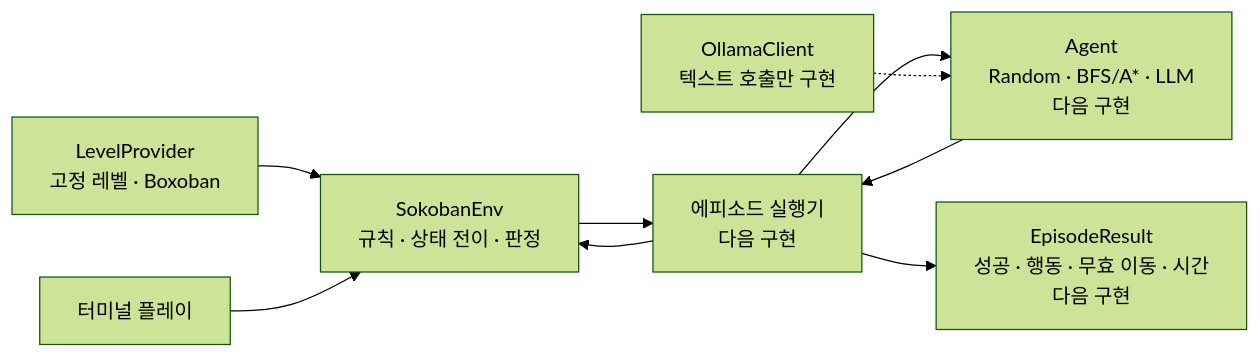
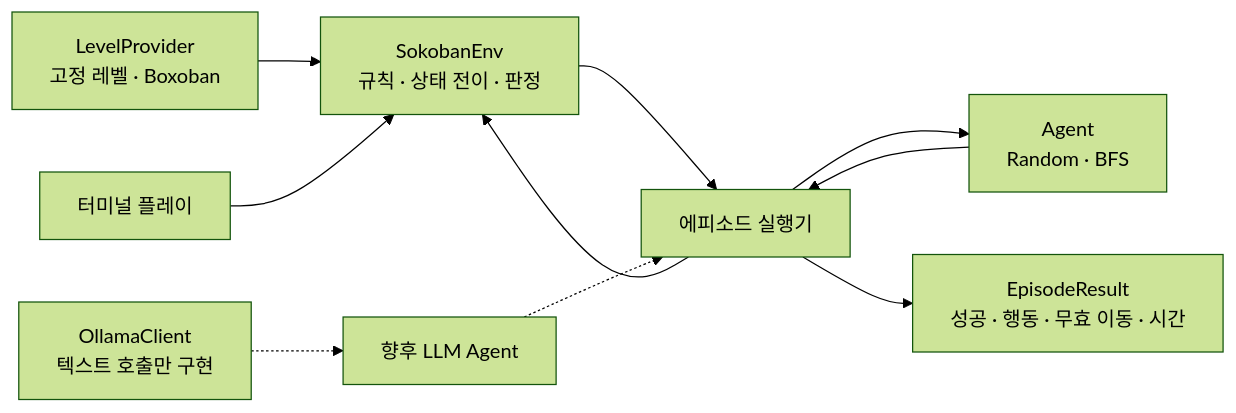
Before and after one commit to fredisbusy/sokoban-agent: the diagram in docs/ARCHITECTURE.md, drawn with Mermaid (forest theme). The commit also changed other lines of this file and 31 other files, not shown here.

````diff
--- a/docs/ARCHITECTURE.md
+++ b/docs/ARCHITECTURE.md
@@ -9,11 +9,12 @@
 ```mermaid
 flowchart LR
     L["LevelProvider<br/>고정 레벨 · Boxoban"] --> E["SokobanEnv<br/>규칙 · 상태 전이 · 판정"]
     T["터미널 플레이"] --> E
-    E --> X["에피소드 실행기<br/>다음 구현"]
-    X --> A["Agent<br/>Random · BFS/A* · LLM<br/>다음 구현"]
+    E --> X["에피소드 실행기"]
+    X --> A["Agent<br/>Random · BFS"]
     A --> X
     X --> E
-    X --> R["EpisodeResult<br/>성공 · 행동 · 무효 이동 · 시간<br/>다음 구현"]
-    O["OllamaClient<br/>텍스트 호출만 구현"] -.-> A
+    X --> R["EpisodeResult<br/>성공 · 행동 · 무효 이동 · 시간"]
+    O["OllamaClient<br/>텍스트 호출만 구현"] -.-> F["향후 LLM Agent"]
+    F -.-> X
 ```
````
